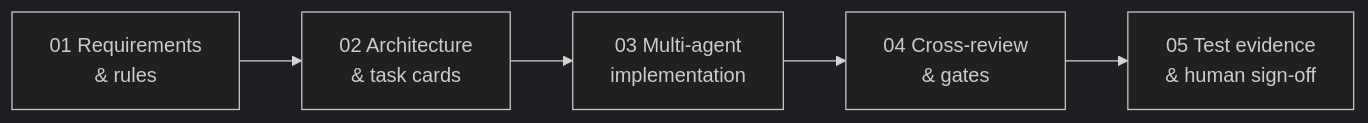
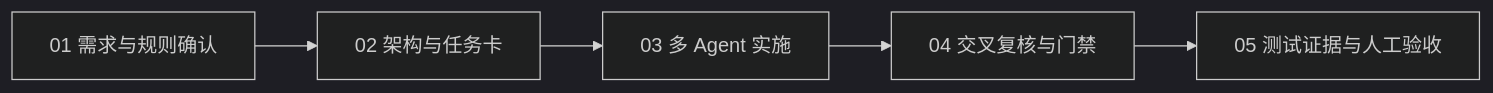
The second of 2 diagrams in README.md (pittzhang20260507/pittzhang20260507), drawn with Mermaid (dark theme) before and after one commit. The commit also changed other lines of this file, not shown here.

````diff
--- a/README.md
+++ b/README.md
@@ -25,7 +79,4 @@
 ```mermaid
 flowchart LR
-    A["01 Requirements<br/>& rules"] --> B["02 Architecture<br/>& task cards"]
-    B --> C["03 Multi-agent<br/>implementation"]
-    C --> D["04 Cross-review<br/>& gates"]
-    D --> E["05 Test evidence<br/>& human sign-off"]
+    A["01 需求与规则确认"] --> B["02 架构与任务卡"] --> C["03 多 Agent 实施"] --> D["04 交叉复核与门禁"] --> E["05 测试证据与人工验收"]
 ```
````
